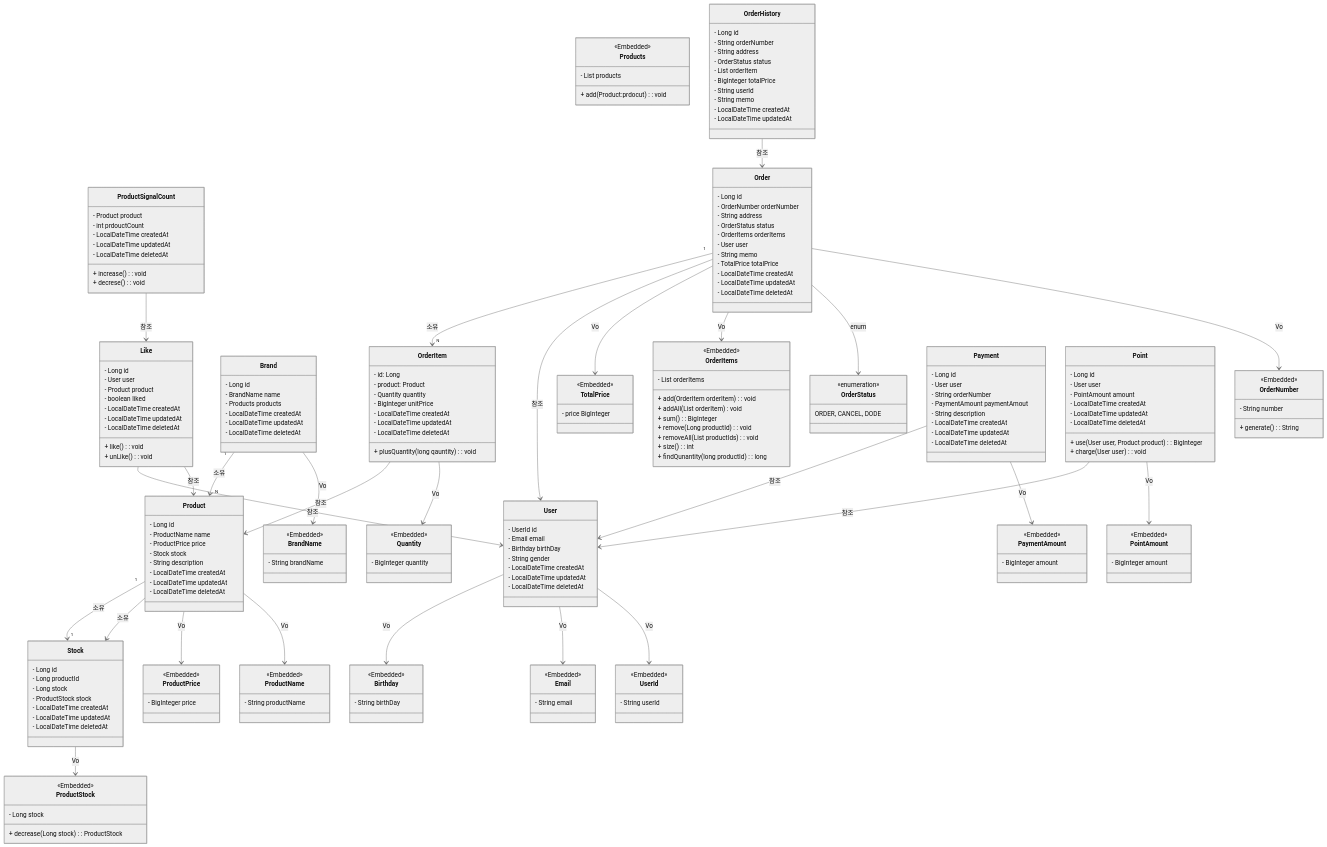
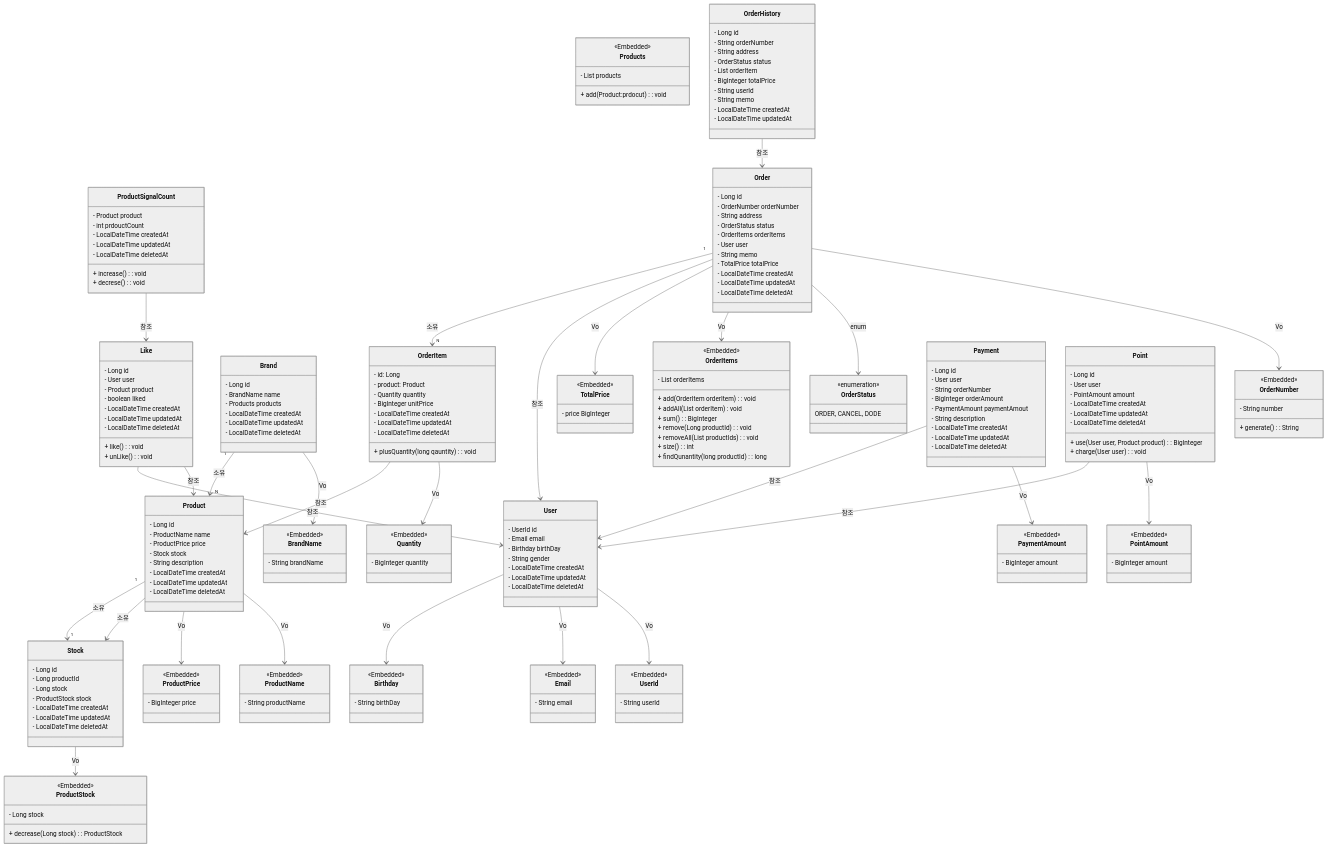
Before and after one commit to Loopers-Team-6/younghun: the diagram in apps/commerce-api/docs/desigin/03-class-diagrams.md, drawn with Mermaid (neutral theme). The commit also changed 1 other file, not shown here.

Commit message:
docs: 문서 수정

```diff
--- a/apps/commerce-api/docs/desigin/03-class-diagrams.md
+++ b/apps/commerce-api/docs/desigin/03-class-diagrams.md
@@ -226,6 +226,7 @@
   - Long id
   - User user
   - String orderNumber
+  - BigInteger orderAmount
   - PaymentAmount paymentAmout
   - String description
   - LocalDateTime createdAt
```
